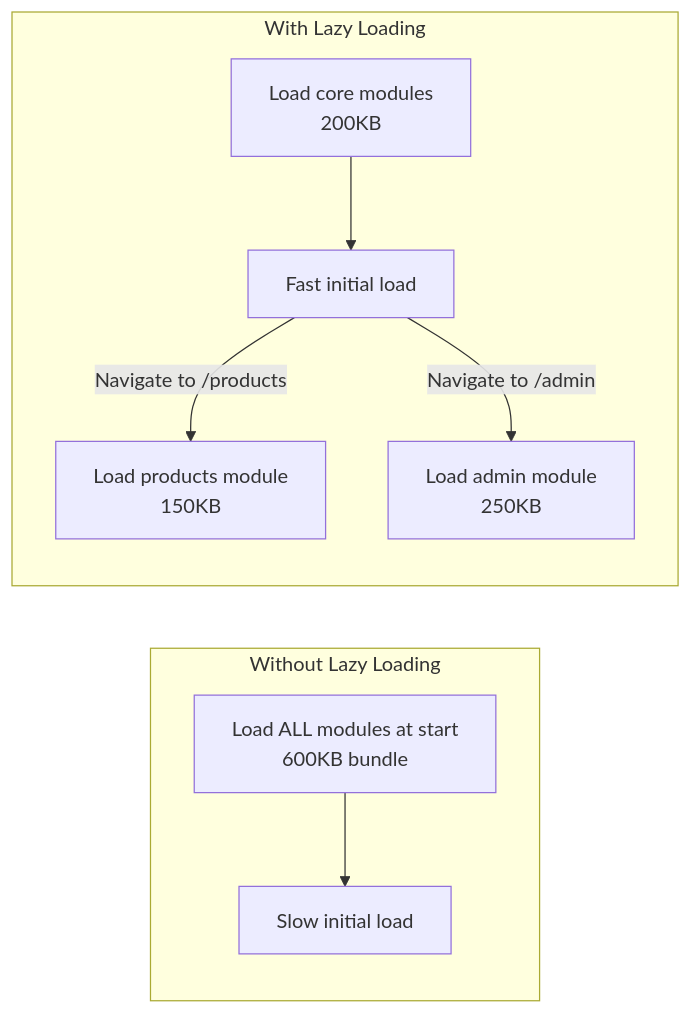
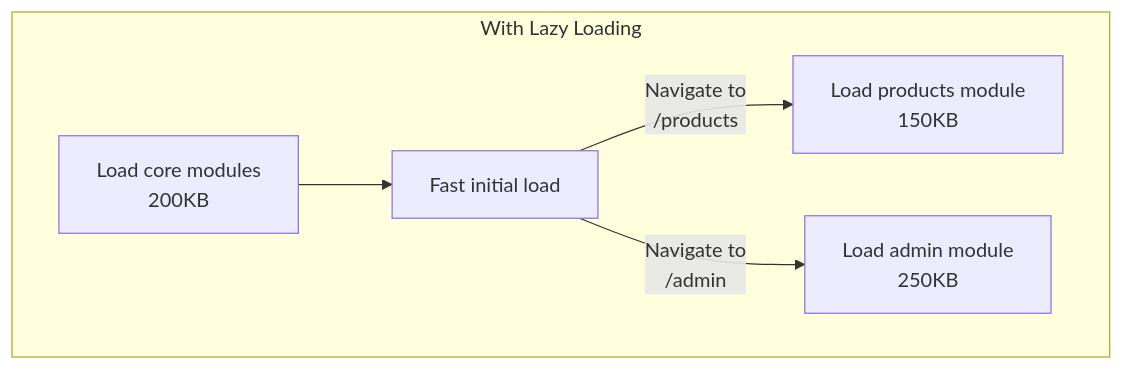
One commit to amitdevx/TY changed the second of 2 diagrams in 02-Semester-VI/CS-352-MJ-T-Design-Framework/Unit-3.md. Above: the diagram before and after it, drawn with Mermaid. The commit also changed other lines of this file and 65 other files, not shown here.

Commit message:
fix:graph vertical

````diff
--- a/02-Semester-VI/CS-352-MJ-T-Design-Framework/Unit-3.md
+++ b/02-Semester-VI/CS-352-MJ-T-Design-Framework/Unit-3.md
@@ -363,11 +374,8 @@
 ```mermaid
-graph LR
-  subgraph Without Lazy Loading
-    ALL[Load ALL modules at start<br/>600KB bundle] --> SLOW[Slow initial load]
-  end
-  subgraph With Lazy Loading
+graph TD
+    subgraph With Lazy Loading
     CORE[Load core modules<br/>200KB] --> FAST[Fast initial load]
-    FAST -->|Navigate to /products| PROD[Load products module<br/>150KB]
-    FAST -->|Navigate to /admin| ADM[Load admin module<br/>250KB]
-  end
+    FAST -->|Navigate to<br/>/products| PROD[Load products module<br/>150KB]
+    FAST -->|Navigate to<br/>/admin| ADM[Load admin module<br/>250KB]
+      end
 ```
````
